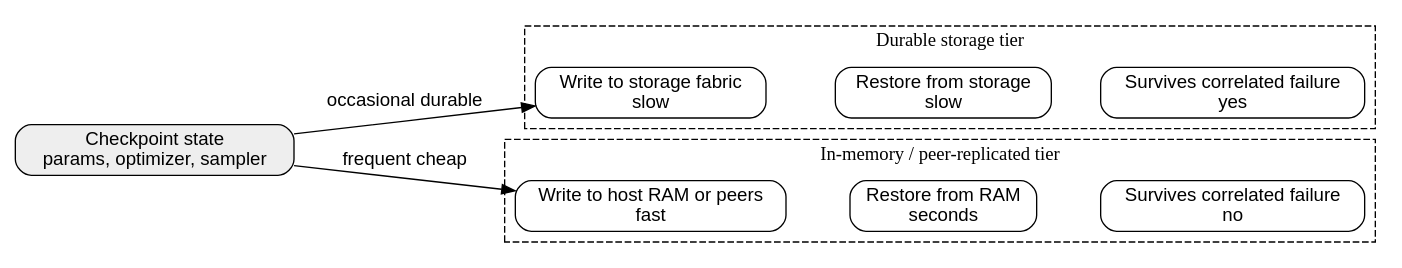
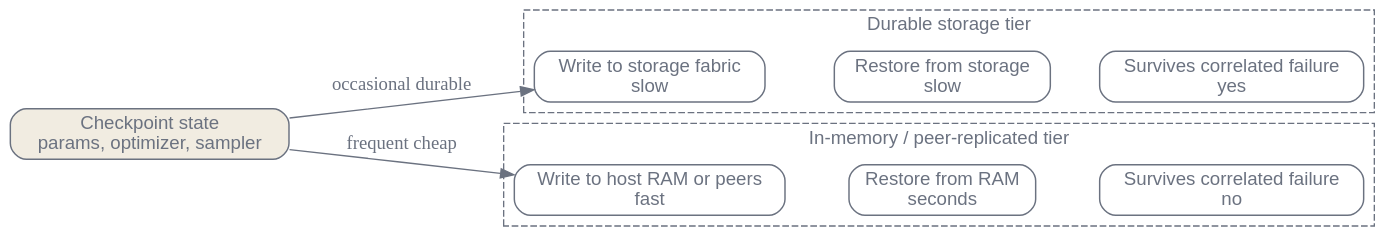
One commit to latere-ai/ai-as-an-infrastructure changed the second of 3 diagrams in en/p7-infrastructure/31-orchestration-data-infra.qmd. Above: the diagram before and after it, drawn with Graphviz. The commit also changed 186 other files, not shown here.

First line of the commit message:
book: visual audit pass on all diagrams and figures

````diff
--- a/en/p7-infrastructure/31-orchestration-data-infra.qmd
+++ b/en/p7-infrastructure/31-orchestration-data-infra.qmd
@@ -140,31 +140,38 @@
 ```{dot}
 //| label: fig-orchestration-checkpoint-tiers
 //| fig-cap: "The two checkpoint camps. The durable storage tier is slow to write and restore but survives a correlated failure; the in-memory or peer-replicated tier is fast both ways but is lost if enough of the cluster goes down at once. Most runs combine them."
 digraph {
+  bgcolor="transparent";
   rankdir=LR;
-  node [shape=box, style=rounded, fontname="Helvetica"];
-  edge [fontname="Helvetica"];
+  node [shape=box, style=rounded, fontname="Helvetica", color="#6b7280", fontcolor="#6b7280", penwidth=1.1];
+  edge [color="#6b7280", fontcolor="#6b7280"];
 
   subgraph cluster_durable {
     label="Durable storage tier";
+    fontname="Helvetica";
+    fontcolor="#6b7280";
+    color="#6b7280";
     style=dashed;
     DW [label="Write to storage fabric\nslow"];
     DR [label="Restore from storage\nslow"];
     DS [label="Survives correlated failure\nyes"];
   }
 
   subgraph cluster_fast {
     label="In-memory / peer-replicated tier";
+    fontname="Helvetica";
+    fontcolor="#6b7280";
+    color="#6b7280";
     style=dashed;
     FW [label="Write to host RAM or peers\nfast"];
     FR [label="Restore from RAM\nseconds"];
     FS [label="Survives correlated failure\nno"];
   }
 
-  State [label="Checkpoint state\nparams, optimizer, sampler", shape=box, style="rounded,filled", fillcolor="#eeeeee"];
+  State [label="Checkpoint state\nparams, optimizer, sampler", shape=box, style="rounded,filled", fillcolor="#f1ece1"];
   State -> DW [label="occasional durable"];
   State -> FW [label="frequent cheap"];
   DW -> DR -> DS [style=invis];
   FW -> FR -> FS [style=invis];
 }
 ```
````
